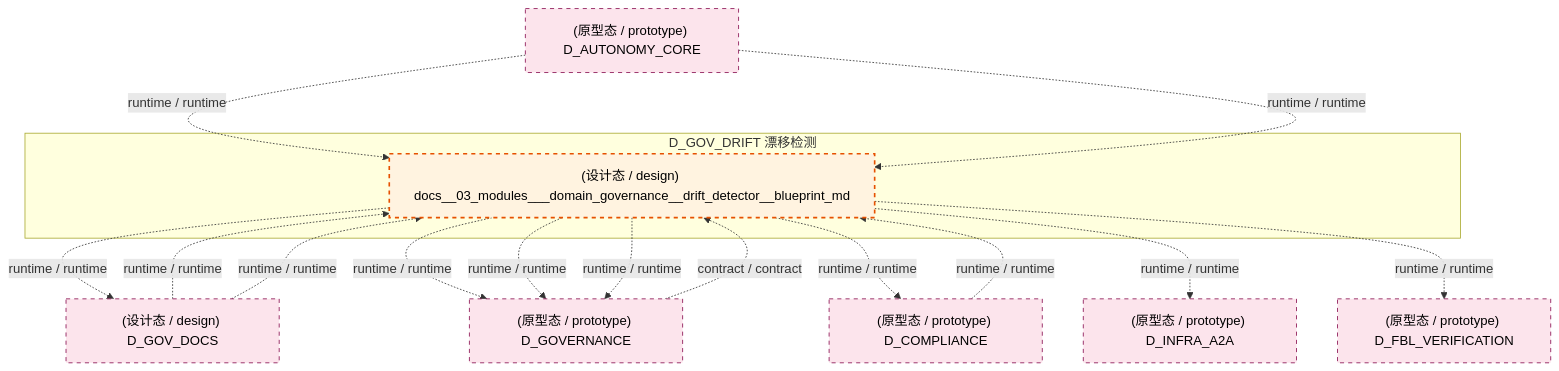
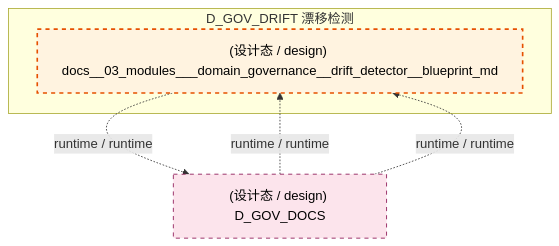
One commit to xuanFelixVan/ZephyrAlpha changed the fifth of 7 diagrams in docs/02_enterprise_architecture/02_domain_architecture_docs/41_d_gov_drift.md. Above: the diagram before and after it, drawn with Mermaid. The commit also changed other lines of this file and 124 other files, not shown here.

````diff
--- a/docs/02_enterprise_architecture/02_domain_architecture_docs/41_d_gov_drift.md
+++ b/docs/02_enterprise_architecture/02_domain_architecture_docs/41_d_gov_drift.md
@@ -542,31 +541,16 @@
 ```mermaid
 graph TD
     subgraph D_GOV_DRIFT["D_GOV_DRIFT 漂移检测"]
         docs_03_modules_domain_governance_drift_detector_blueprint_md["(设计态 / design) docs__03_modules___domain_governance__drift_detector__blueprint_md"]
     end
     D_GOV_DOCS["(设计态 / design) D_GOV_DOCS"]
     docs_03_modules_domain_governance_drift_detector_blueprint_md -.->|runtime / runtime| D_GOV_DOCS
-    D_GOVERNANCE["(原型态 / prototype) D_GOVERNANCE"]
-    docs_03_modules_domain_governance_drift_detector_blueprint_md -.->|runtime / runtime| D_GOVERNANCE
-    D_COMPLIANCE["(原型态 / prototype) D_COMPLIANCE"]
-    docs_03_modules_domain_governance_drift_detector_blueprint_md -.->|runtime / runtime| D_COMPLIANCE
-    D_INFRA_A2A["(原型态 / prototype) D_INFRA_A2A"]
-    docs_03_modules_domain_governance_drift_detector_blueprint_md -.->|runtime / runtime| D_INFRA_A2A
-    D_FBL_VERIFICATION["(原型态 / prototype) D_FBL_VERIFICATION"]
-    docs_03_modules_domain_governance_drift_detector_blueprint_md -.->|runtime / runtime| D_FBL_VERIFICATION
-    docs_03_modules_domain_governance_drift_detector_blueprint_md -.->|runtime / runtime| D_GOVERNANCE
-    docs_03_modules_domain_governance_drift_detector_blueprint_md -.->|runtime / runtime| D_GOVERNANCE
-    D_COMPLIANCE -.->|runtime / runtime| docs_03_modules_domain_governance_drift_detector_blueprint_md
     D_GOV_DOCS -.->|runtime / runtime| docs_03_modules_domain_governance_drift_detector_blueprint_md
     D_GOV_DOCS -.->|runtime / runtime| docs_03_modules_domain_governance_drift_detector_blueprint_md
-    D_GOVERNANCE -.->|contract / contract| docs_03_modules_domain_governance_drift_detector_blueprint_md
-    D_AUTONOMY_CORE["(原型态 / prototype) D_AUTONOMY_CORE"]
-    D_AUTONOMY_CORE -.->|runtime / runtime| docs_03_modules_domain_governance_drift_detector_blueprint_md
-    D_AUTONOMY_CORE -.->|runtime / runtime| docs_03_modules_domain_governance_drift_detector_blueprint_md
     classDef production fill:#e1f5fe,stroke:#01579b,stroke-width:2px,color:#000
     classDef design fill:#fff3e0,stroke:#e65100,stroke-width:2px,color:#000,stroke-dasharray: 5 5
     classDef external_prod fill:#e8f5e9,stroke:#1b5e20,stroke-width:1px,color:#000
     classDef external_design fill:#fce4ec,stroke:#880e4f,stroke-width:1px,color:#000,stroke-dasharray: 5 5
     class docs_03_modules_domain_governance_drift_detector_blueprint_md design
-    class D_GOV_DOCS,D_GOVERNANCE,D_COMPLIANCE,D_INFRA_A2A,D_FBL_VERIFICATION,D_AUTONOMY_CORE external_design
+    class D_GOV_DOCS external_design
 ```
````
